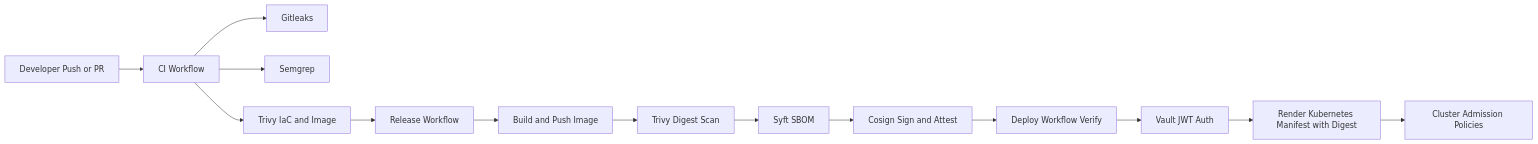
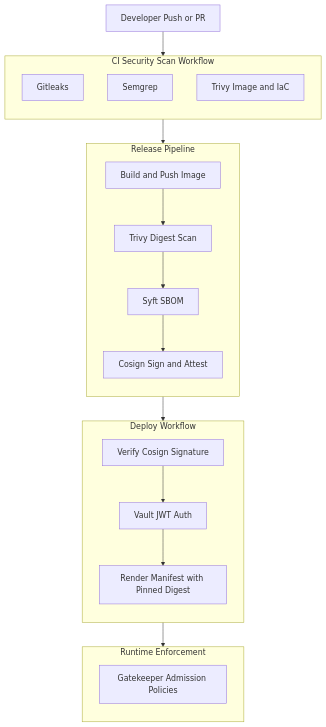
The diagram in README.md (Ignatius-Kevin-Wijaya/devsecops-hardened-pipeline), drawn with Mermaid before and after one commit. The commit also changed 1 other file, not shown here.

Commit message:
fix(portfolio): improve README diagram and ignore Codex metadata

````diff
--- a/README.md
+++ b/README.md
@@ -7,16 +7,39 @@
 ```mermaid
-flowchart LR
-    Dev[Developer Push or PR] --> CI[CI Workflow]
-    CI --> GL[Gitleaks]
-    CI --> SG[Semgrep]
-    CI --> TI[Trivy IaC and Image]
-    TI --> RP[Release Workflow]
-    RP --> BP[Build and Push Image]
-    BP --> TR[Trivy Digest Scan]
-    TR --> SBOM[Syft SBOM]
-    SBOM --> CS[Cosign Sign and Attest]
-    CS --> DV[Deploy Workflow Verify]
-    DV --> VT[Vault JWT Auth]
-    VT --> KM[Render Kubernetes Manifest with Digest]
-    KM --> CL[Cluster Admission Policies]
+flowchart TD
+    Dev[Developer Push or PR] --> CI
+
+    subgraph CI[CI Security Scan Workflow]
+        direction TB
+        GL[Gitleaks]
+        SG[Semgrep]
+        TI[Trivy Image and IaC]
+    end
+
+    CI --> Release
+
+    subgraph Release[Release Pipeline]
+        direction TB
+        BP[Build and Push Image]
+        TD[Trivy Digest Scan]
+        SBOM[Syft SBOM]
+        CS[Cosign Sign and Attest]
+        BP --> TD --> SBOM --> CS
+    end
+
+    Release --> Deploy
+
+    subgraph Deploy[Deploy Workflow]
+        direction TB
+        Verify[Verify Cosign Signature]
+        Vault[Vault JWT Auth]
+        Render[Render Manifest with Pinned Digest]
+        Verify --> Vault --> Render
+    end
+
+    Deploy --> Cluster
+
+    subgraph Cluster[Runtime Enforcement]
+        direction TB
+        Gatekeeper[Gatekeeper Admission Policies]
+    end
 ```
````
